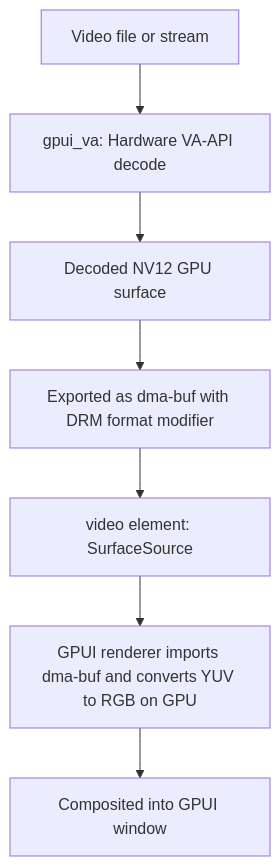
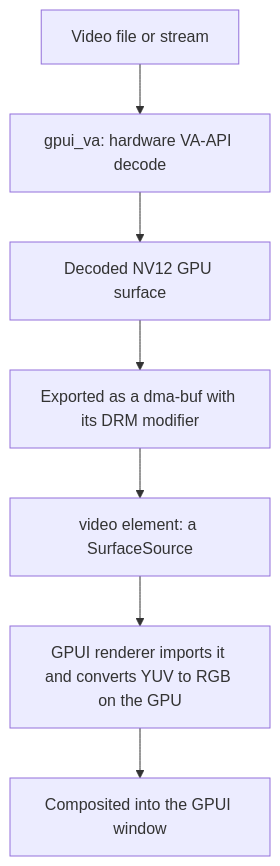
Before and after one commit to bite-gpui/gpui_video: the diagram in README.md, drawn with Mermaid. The commit also changed other lines of this file and 1 other file, not shown here.

````diff
--- a/README.md
+++ b/README.md
@@ -106,9 +144,9 @@
 ```mermaid
 flowchart TD
-    S[Video file or stream] --> V[gpui_va: Hardware VA-API decode]
+    S[Video file or stream] --> V[gpui_va: hardware VA-API decode]
     V --> F[Decoded NV12 GPU surface]
-    F --> D[Exported as dma-buf with DRM format modifier]
-    D --> E[video element: SurfaceSource]
-    E --> R[GPUI renderer imports dma-buf and converts YUV to RGB on GPU]
-    R --> W[Composited into GPUI window]
+    F --> D[Exported as a dma-buf with its DRM modifier]
+    D --> E[video element: a SurfaceSource]
+    E --> R[GPUI renderer imports it and converts YUV to RGB on the GPU]
+    R --> W[Composited into the GPUI window]
 ```
````
